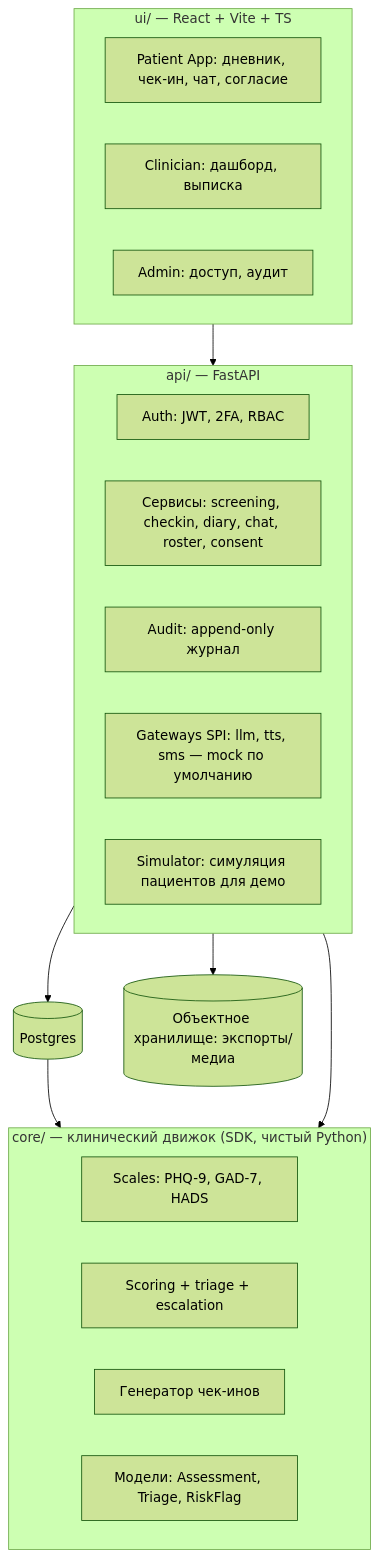
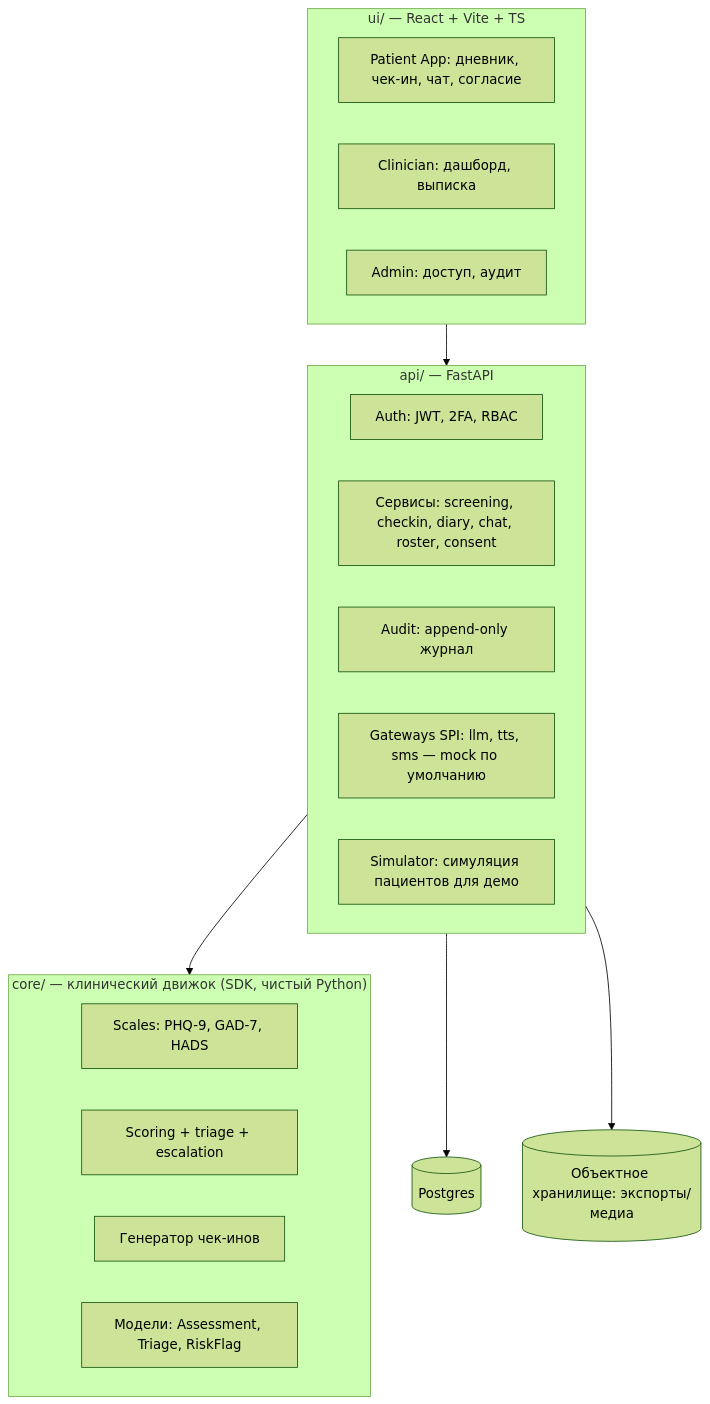
One commit to Kiraprint/clinical-compass changed the diagram in docs/03-архитектура.md. Above: the diagram before and after it, drawn with Mermaid (forest theme). The commit also changed other lines of this file and 5 other files, not shown here.

````diff
--- a/docs/03-архитектура.md
+++ b/docs/03-архитектура.md
@@ -19,28 +19,27 @@
 ```mermaid
 flowchart TB
     subgraph UI["ui/ — React + Vite + TS"]
         PAT[Patient App: дневник, чек-ин, чат, согласие]
         DOC[Clinician: дашборд, выписка]
         ADM[Admin: доступ, аудит]
     end
     subgraph API["api/ — FastAPI"]
         AUTH[Auth: JWT, 2FA, RBAC]
         SVC[Сервисы: screening, checkin, diary, chat, roster, consent]
         AUD[Audit: append-only журнал]
         GATE[Gateways SPI: llm, tts, sms — mock по умолчанию]
         SIM[Simulator: симуляция пациентов для демо]
     end
     subgraph CORE["core/ — клинический движок (SDK, чистый Python)"]
         SC[Scales: PHQ-9, GAD-7, HADS]
         TRI[Scoring + triage + escalation]
         CHK[Генератор чек-инов]
         MDL[Модели: Assessment, Triage, RiskFlag]
     end
     DB[(Postgres)]
     OBJ[(Объектное хранилище: экспорты/медиа)]
-    DB --> CORE
     API --> CORE
     API --> DB
     API --> OBJ
     UI --> API
 ```
````
